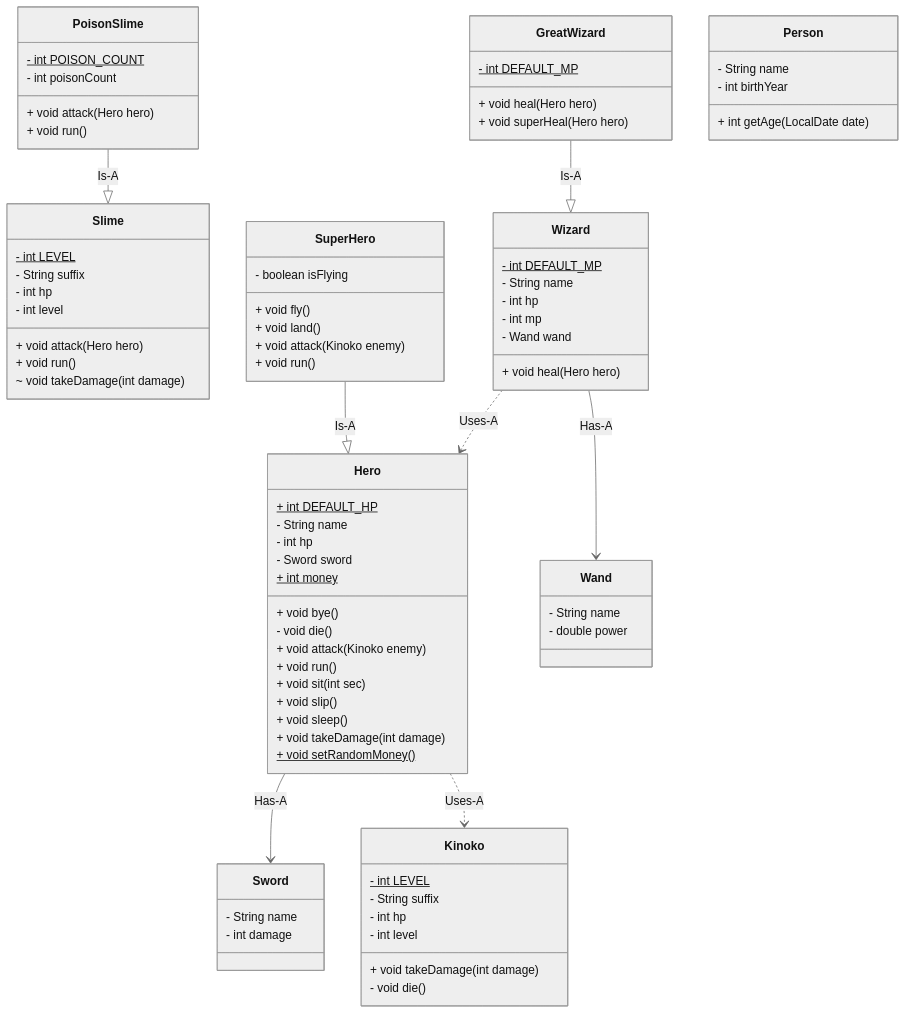
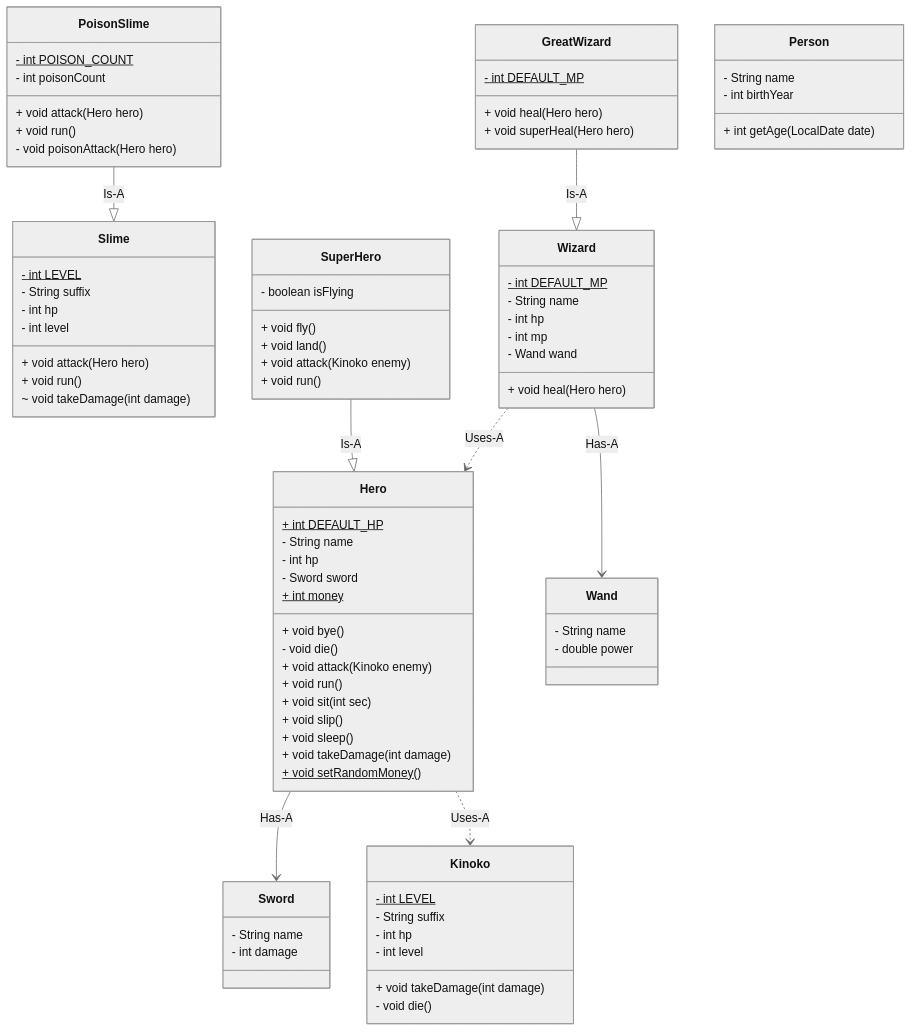
The diagram in docs/2026-09-23.md (SurvivalCodingCampus/gangnam3-java-oop), drawn with Mermaid (neutral theme) before and after one commit. The commit also changed other lines of this file and 1 other file, not shown here.

Commit message:
docs: 클래스 다이어그램에 PoisonSlime poisonAttack 반영 및 테스트 코드 추가

```diff
--- a/docs/2026-09-23.md
+++ b/docs/2026-09-23.md
@@ -39,6 +39,7 @@
 
         + void attack(Hero hero)
         + void run()
+        - void poisonAttack(Hero hero)
     }
 
     class Hero {
```
